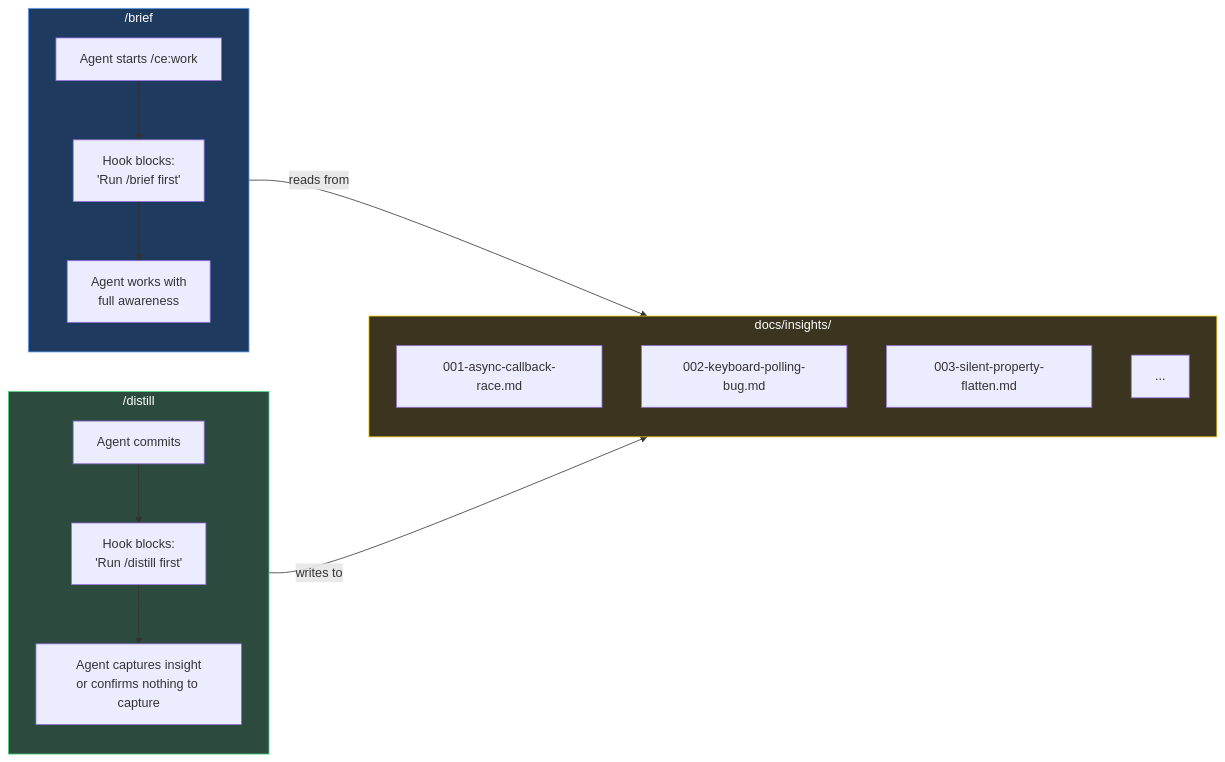
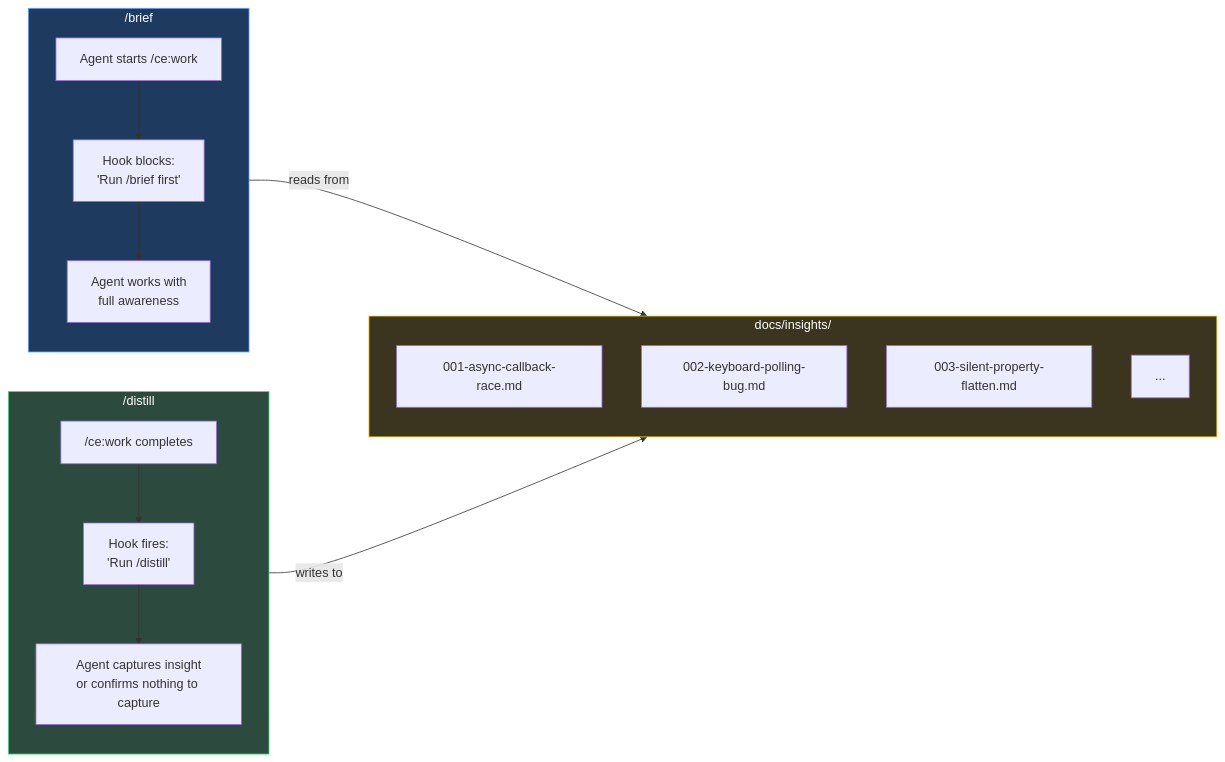
The first of 3 diagrams in projects/skills/distill-and-brief/README.md (mbriggsy/ai-learning-journey), drawn with Mermaid before and after one commit. The commit also changed other lines of this file and 6 other files, not shown here.

````diff
--- a/projects/skills/distill-and-brief/README.md
+++ b/projects/skills/distill-and-brief/README.md
@@ -33,33 +33,33 @@
 ```mermaid
 flowchart LR
     subgraph BRIEF ["  /brief  "]
         direction TB
         B1["Agent starts /ce:work"]
         B2["Hook blocks:\n'Run /brief first'"]
         B3["Agent works with\nfull awareness"]
         B1 --> B2 --> B3
     end
 
     subgraph KB ["  docs/insights/  "]
         direction TB
         S1["001-async-callback-race.md"]
         S2["002-keyboard-polling-bug.md"]
         S3["003-silent-property-flatten.md"]
         S4["..."]
     end
 
     subgraph DISTILL ["  /distill  "]
         direction TB
-        D1["Agent commits"]
-        D2["Hook blocks:\n'Run /distill first'"]
+        D1["/ce:work completes"]
+        D2["Hook fires:\n'Run /distill'"]
         D3["Agent captures insight\nor confirms nothing to capture"]
         D1 --> D2 --> D3
     end
 
     BRIEF -->|"reads from"| KB
     DISTILL -->|"writes to"| KB
 
     style DISTILL fill:#2d4a3e,stroke:#4ade80,color:#fff
     style KB fill:#3b3520,stroke:#facc15,color:#fff
     style BRIEF fill:#1e3a5f,stroke:#60a5fa,color:#fff
 ```
````
